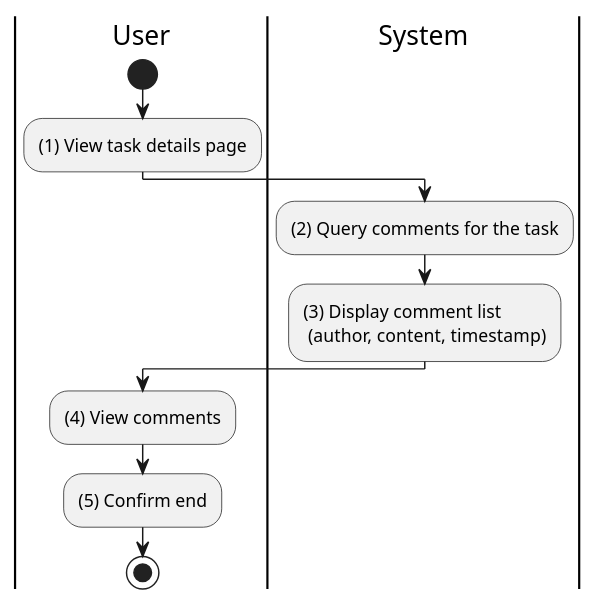
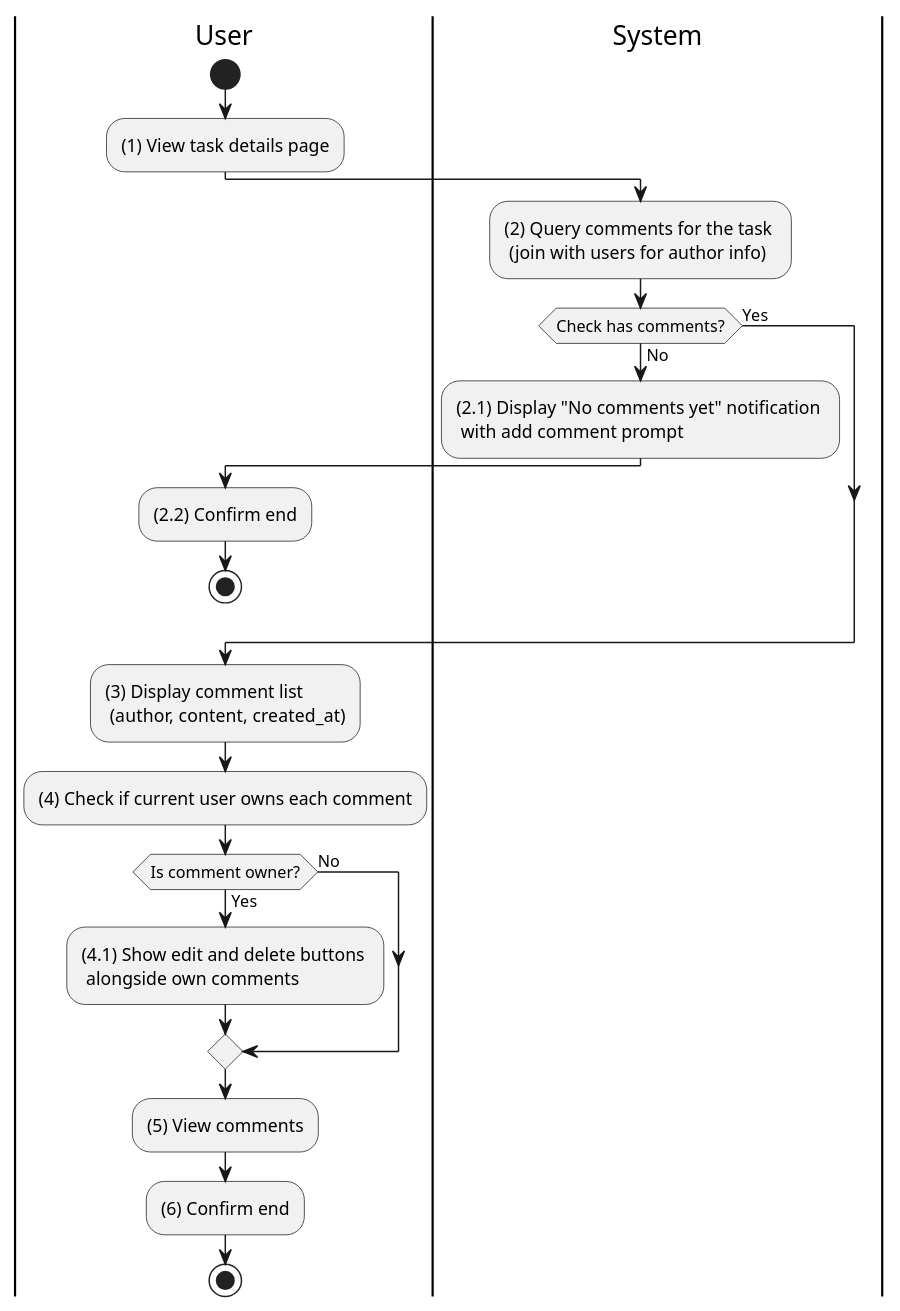
Before and after one commit to taskpilot-platform/taskpilot-platform.github.io: the diagram in docs/docs/activity/interaction-communication/view-comments.md, drawn with PlantUML. The commit also changed 10 other files, not shown here.

First line of the commit message:
expand activity diagrams: add empty-state checks and filter flows

````diff
--- a/docs/docs/activity/interaction-communication/view-comments.md
+++ b/docs/docs/activity/interaction-communication/view-comments.md
@@ -3,20 +3,37 @@
 ```plantuml
 @startuml
 |U|User
 |S|System
 
 |U|
 start
 :(1) View task details page;
 
 |S|
-:(2) Query comments for the task;
-:(3) Display comment list \n (author, content, timestamp);
+:(2) Query comments for the task \n (join with users for author info);
 
-|U|
-:(4) View comments;
-:(5) Confirm end;
+if (Check has comments?) then (No)
+  :(2.1) Display "No comments yet" notification \n with add comment prompt;
+  |U|
+  :(2.2) Confirm end;
+  stop
+else (Yes)
+endif
+
+:(3) Display comment list \n (author, content, created_at);
+
+:(4) Check if current user owns each comment;
+
+if (Is comment owner?) then (Yes)
+  :(4.1) Show edit and delete buttons \n alongside own comments;
+  |U|
+else (No)
+  |U|
+endif
+
+:(5) View comments;
+:(6) Confirm end;
 
 stop
 @enduml
 ```
````
